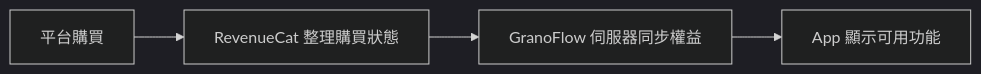
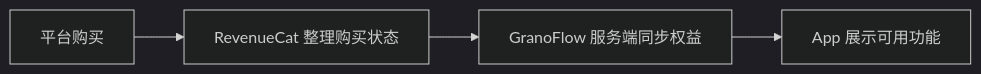
Before and after one commit to granoflow/granoflow-docs: the diagram in manual/docs/zh-tw/value-to-action/account-membership.md, drawn with Mermaid (dark theme). The commit also changed other lines of this file and 70 other files, not shown here.

````diff
--- a/manual/docs/zh-tw/value-to-action/account-membership.md
+++ b/manual/docs/zh-tw/value-to-action/account-membership.md
@@ -19,6 +35,6 @@
 ```mermaid
 graph LR
-  A[平台購買] --> B[RevenueCat 整理購買狀態]
-  B --> C[GranoFlow 伺服器同步權益]
-  C --> D[App 顯示可用功能]
+  A[平台购买] --> B[RevenueCat 整理购买状态]
+  B --> C[GranoFlow 服务端同步权益]
+  C --> D[App 展示可用功能]
 ```
````
